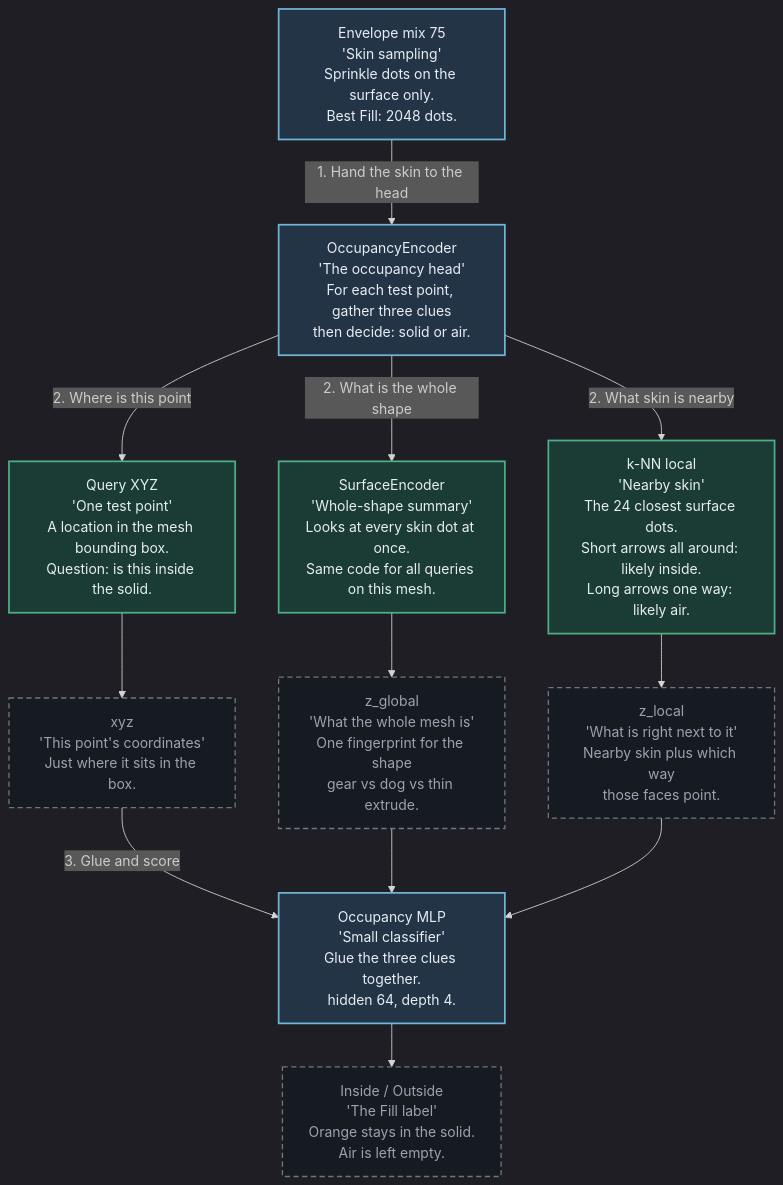
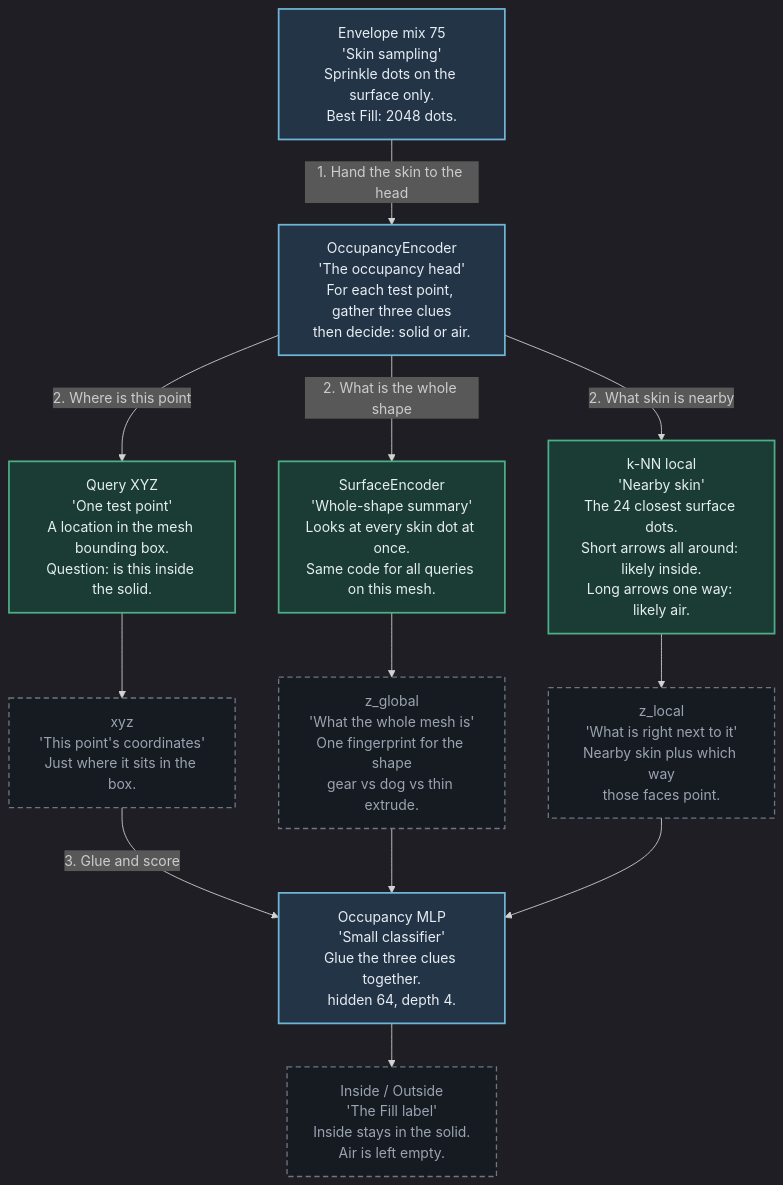
The first of 2 diagrams in README.md (PerryGu/scatteringNet), drawn with Mermaid before and after one commit. The commit also changed other lines of this file and 18 other files, not shown here.

````diff
--- a/README.md
+++ b/README.md
@@ -227,35 +250,35 @@
 ```mermaid
 %%{init: {"theme": "dark", "flowchart": {"htmlLabels": true, "curve": "basis"}}}%%
 flowchart TD
     SETUP["Envelope mix 75<br/>'Skin sampling'<br/>Sprinkle dots on the surface only.<br/>Best Fill: 2048 dots."]
     HUB["OccupancyEncoder<br/>'The occupancy head'<br/>For each test point, gather three clues<br/>then decide: solid or air."]
     Q["Query XYZ<br/>'One test point'<br/>A location in the mesh bounding box.<br/>Question: is this inside the solid."]
     PN["SurfaceEncoder<br/>'Whole-shape summary'<br/>Looks at every skin dot at once.<br/>Same code for all queries on this mesh."]
     KN["k-NN local<br/>'Nearby skin'<br/>The 24 closest surface dots.<br/>Short arrows all around: likely inside.<br/>Long arrows one way: likely air."]
     QO["xyz<br/>'This point's coordinates'<br/>Just where it sits in the box."]
     ZG["z_global<br/>'What the whole mesh is'<br/>One fingerprint for the shape<br/>gear vs dog vs thin extrude."]
     ZL["z_local<br/>'What is right next to it'<br/>Nearby skin plus which way<br/>those faces point."]
     MLP["Occupancy MLP<br/>'Small classifier'<br/>Glue the three clues together.<br/>hidden 64, depth 4."]
-    OUT["Inside / Outside<br/>'The Fill label'<br/>Orange stays in the solid.<br/>Air is left empty."]
+    OUT["Inside / Outside<br/>'The Fill label'<br/>Inside stays in the solid.<br/>Air is left empty."]
 
     SETUP -->|"1. Hand the skin to the head"| HUB
     HUB -->|"2. Where is this point"| Q
     HUB -->|"2. What is the whole shape"| PN
     HUB -->|"2. What skin is nearby"| KN
     Q --> QO
     PN --> ZG
     KN --> ZL
     QO -->|"3. Glue and score"| MLP
     ZG --> MLP
     ZL --> MLP
     MLP --> OUT
 
     classDef setup fill:#243447,stroke:#6eb5d6,stroke-width:2px,color:#e6edf3
     classDef hub fill:#243447,stroke:#6eb5d6,stroke-width:2px,color:#e6edf3
     classDef proc fill:#1a3c35,stroke:#4caf86,stroke-width:2px,color:#e6edf3
     classDef out fill:#161b22,stroke:#6e7681,stroke-width:1.5px,stroke-dasharray:6 4,color:#9aa3af
     class SETUP setup
     class HUB,MLP hub
     class Q,PN,KN proc
     class QO,ZG,ZL,OUT out
 ```
````
